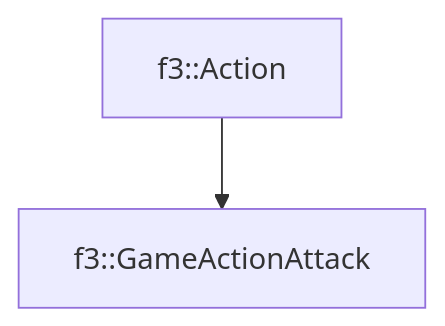
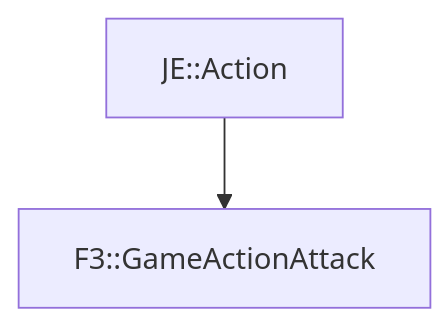
The diagram in docs/f3/GameActionAttack.md (OpenJE/openvb), drawn with Mermaid before and after one commit. The commit also changed other lines of this file and 1399 other files, not shown here.

````diff
--- a/docs/f3/GameActionAttack.md
+++ b/docs/f3/GameActionAttack.md
@@ -16,4 +16,4 @@
 ```mermaid
 graph TD;
-    f3::Action --> f3::GameActionAttack
+    JE::Action --> F3::GameActionAttack
 ```
````
